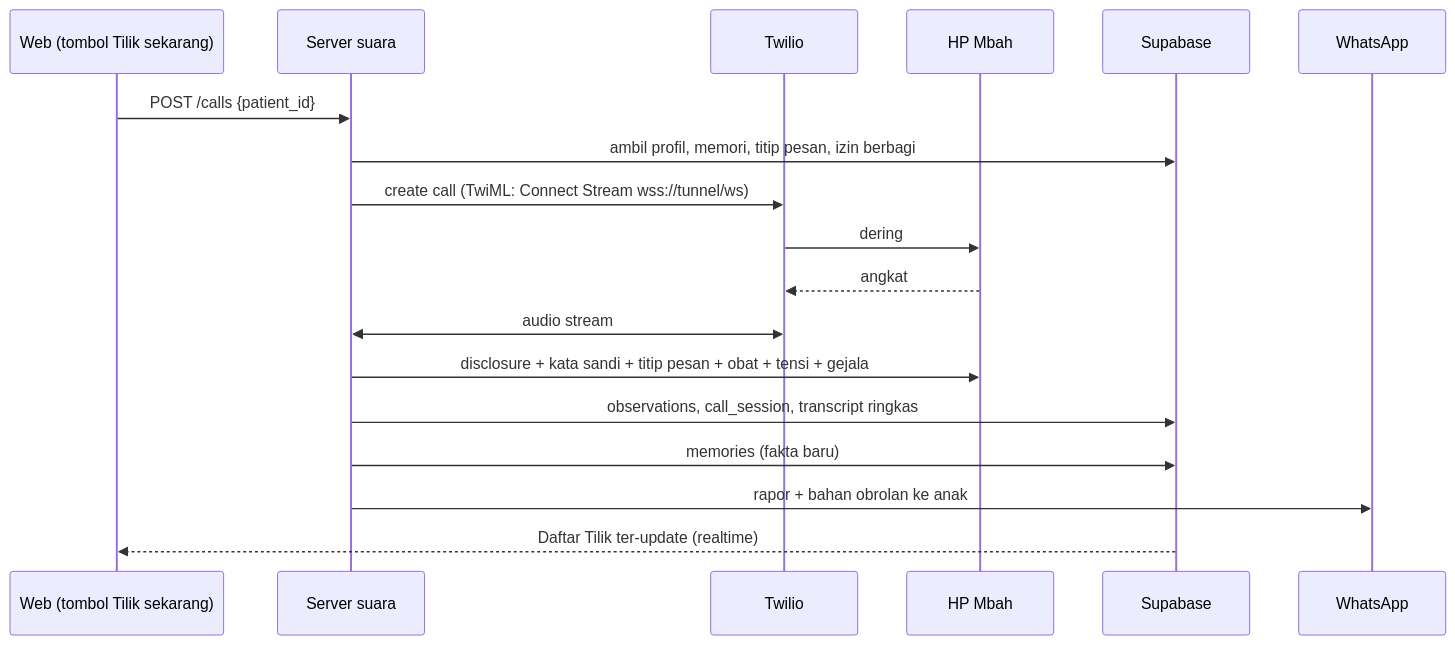
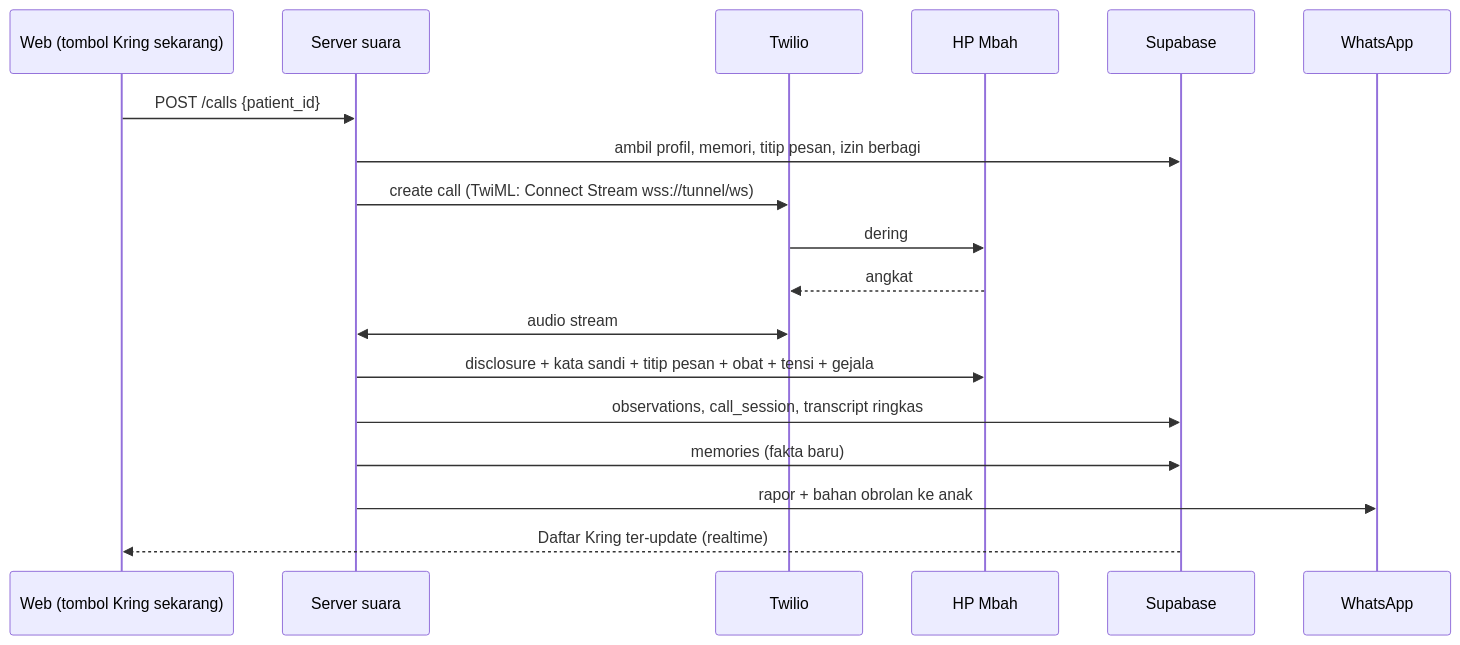
One commit to raphaeladikara/Joints-UGM_IRIS-Heisenberg changed the third of 4 diagrams in docs/stage-0/03_ARSITEKTUR_TEKNIS.md. Above: the diagram before and after it, drawn with Mermaid. The commit also changed other lines of this file and 29 other files, not shown here.

````diff
--- a/docs/stage-0/03_ARSITEKTUR_TEKNIS.md
+++ b/docs/stage-0/03_ARSITEKTUR_TEKNIS.md
@@ -141,20 +173,20 @@
 ```mermaid
 sequenceDiagram
-  participant W as Web (tombol Tilik sekarang)
+  participant W as Web (tombol Kring sekarang)
   participant V as Server suara
   participant T as Twilio
   participant M as HP Mbah
   participant DB as Supabase
   participant WA as WhatsApp
   W->>V: POST /calls {patient_id}
   V->>DB: ambil profil, memori, titip pesan, izin berbagi
   V->>T: create call (TwiML: Connect Stream wss://tunnel/ws)
   T->>M: dering
   M-->>T: angkat
   T<<->>V: audio stream
   V->>M: disclosure + kata sandi + titip pesan + obat + tensi + gejala
   V->>DB: observations, call_session, transcript ringkas
   V->>DB: memories (fakta baru)
   V->>WA: rapor + bahan obrolan ke anak
-  DB-->>W: Daftar Tilik ter-update (realtime)
+  DB-->>W: Daftar Kring ter-update (realtime)
 ```
````
